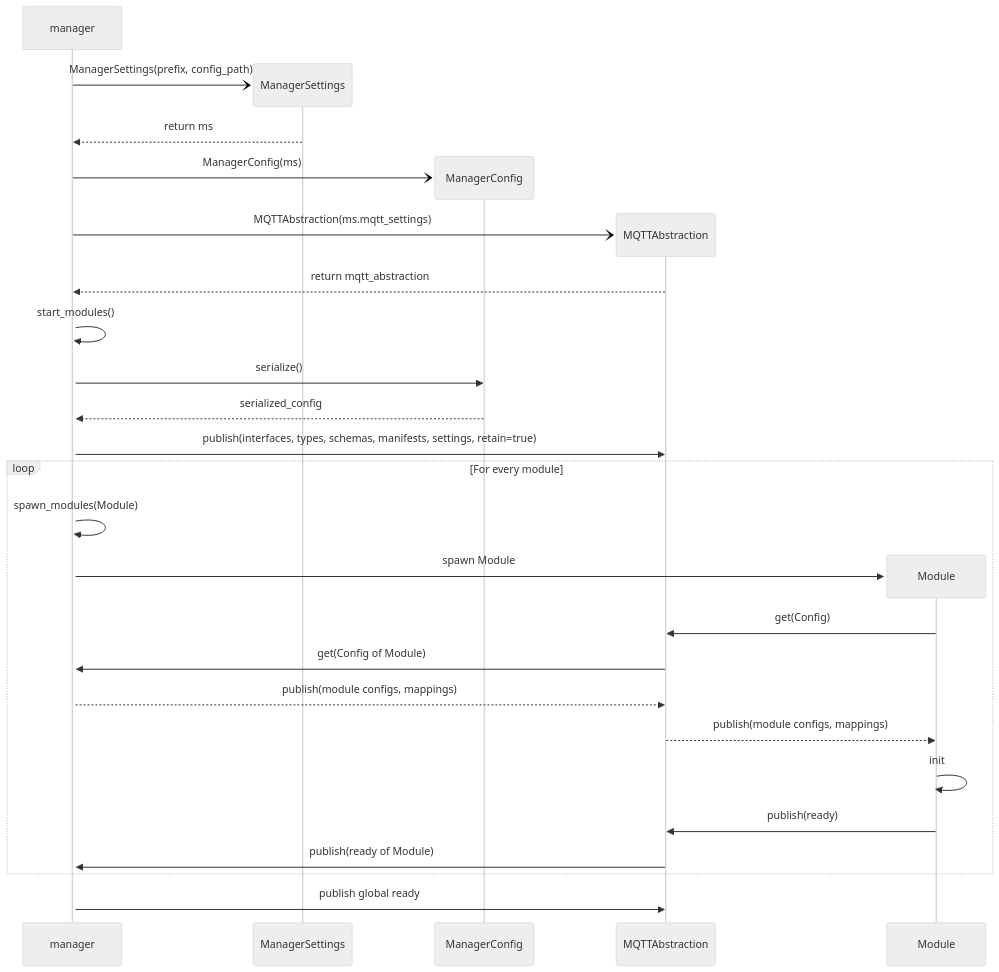
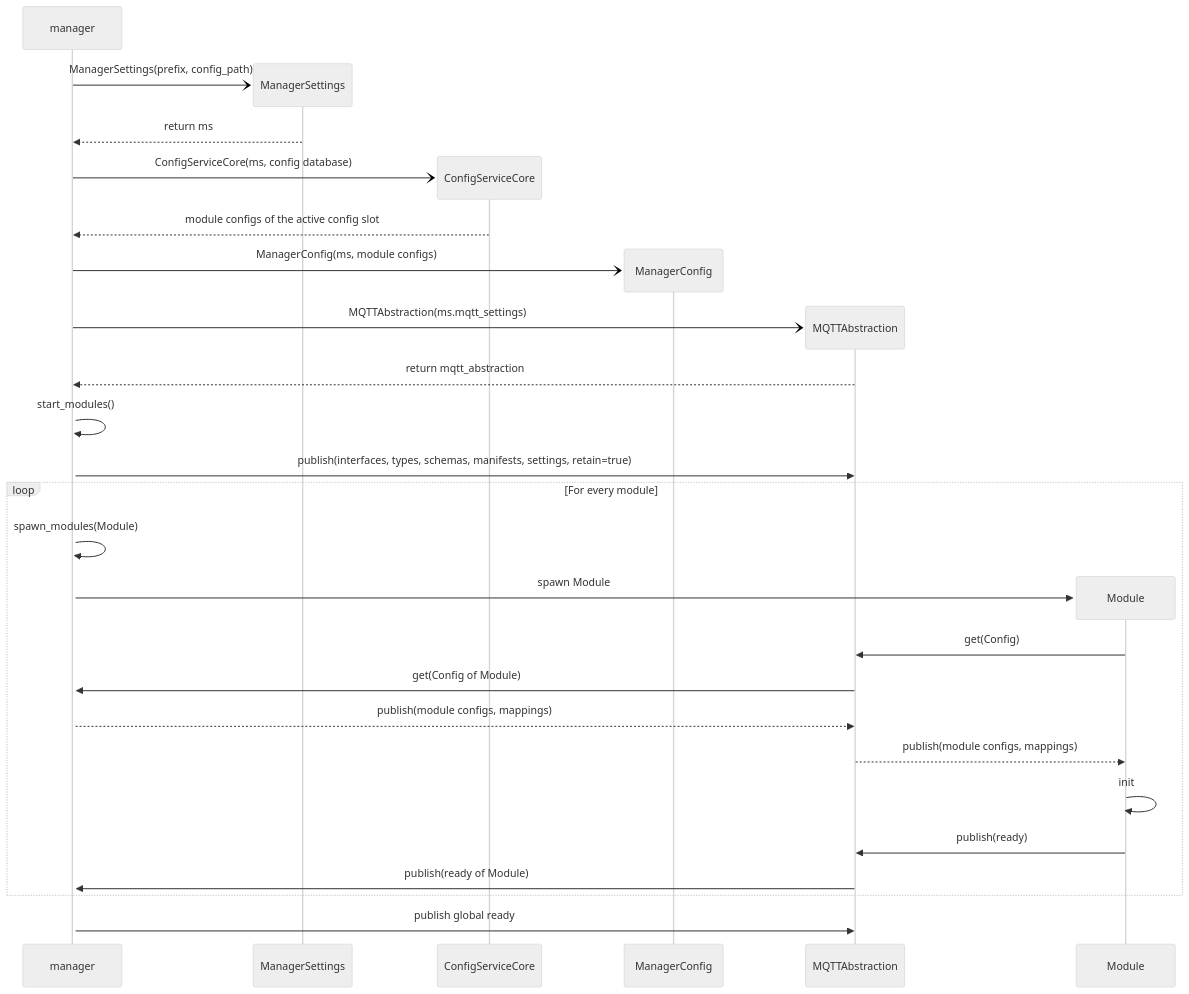
One commit to EVerest/EVerest changed the first of 2 diagrams in lib/everest/framework/docs/MQTTConfigDistribution.md. Above: the diagram before and after it, drawn with Mermaid (neutral theme). The commit also changed other lines of this file and 97 other files, not shown here.

````diff
--- a/lib/everest/framework/docs/MQTTConfigDistribution.md
+++ b/lib/everest/framework/docs/MQTTConfigDistribution.md
@@ -16,30 +23,31 @@
 ```mermaid
 sequenceDiagram
     create participant manager
     create participant ManagerSettings
     manager-)ManagerSettings: ManagerSettings(prefix, config_path)
     ManagerSettings-->>manager: return ms
+    create participant ConfigServiceCore
+    manager-)ConfigServiceCore: ConfigServiceCore(ms, config database)
+    ConfigServiceCore-->>manager: module configs of the active config slot
     create participant ManagerConfig
-    manager-)ManagerConfig: ManagerConfig(ms)
+    manager-)ManagerConfig: ManagerConfig(ms, module configs)
     create participant MQTTAbstraction
     manager-)MQTTAbstraction: MQTTAbstraction(ms.mqtt_settings)
     MQTTAbstraction-->>manager: return mqtt_abstraction
     activate manager
     manager->>manager: start_modules()
-    manager->>ManagerConfig: serialize()
-    ManagerConfig-->>manager: serialized_config
     manager->>MQTTAbstraction: publish(interfaces, types, schemas, manifests, settings, retain=true)
     loop For every module
         manager->>manager: spawn_modules(Module)
         create participant Module
         manager->>Module: spawn Module
         Module->>MQTTAbstraction: get(Config)
         MQTTAbstraction->>manager: get(Config of Module)
         manager-->>MQTTAbstraction: publish(module configs, mappings)
         MQTTAbstraction-->>Module: publish(module configs, mappings)
         Module->>Module: init
         Module->>MQTTAbstraction: publish(ready)
         MQTTAbstraction->>manager: publish(ready of Module)
     end
     manager->>MQTTAbstraction: publish global ready
 ```
````
